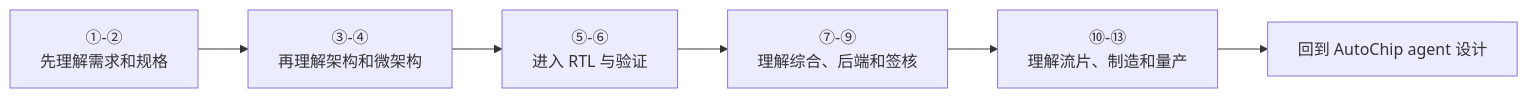
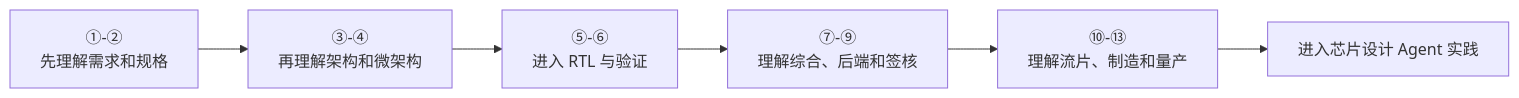
One commit to AutoChip-Lab/Knowledge-Hub changed the diagram in README.md. Above: the diagram before and after it, drawn with Mermaid. The commit also changed other lines of this file, not shown here.

````diff
--- a/README.md
+++ b/README.md
@@ -93,8 +93,8 @@
 ```mermaid
 flowchart LR
   A["①-②\n先理解需求和规格"] --> B["③-④\n再理解架构和微架构"]
   B --> C["⑤-⑥\n进入 RTL 与验证"]
   C --> D["⑦-⑨\n理解综合、后端和签核"]
   D --> E["⑩-⑬\n理解流片、制造和量产"]
-  E --> F["回到 AutoChip agent 设计"]
+  E --> F["进入芯片设计 Agent 实践"]
 ```
````
